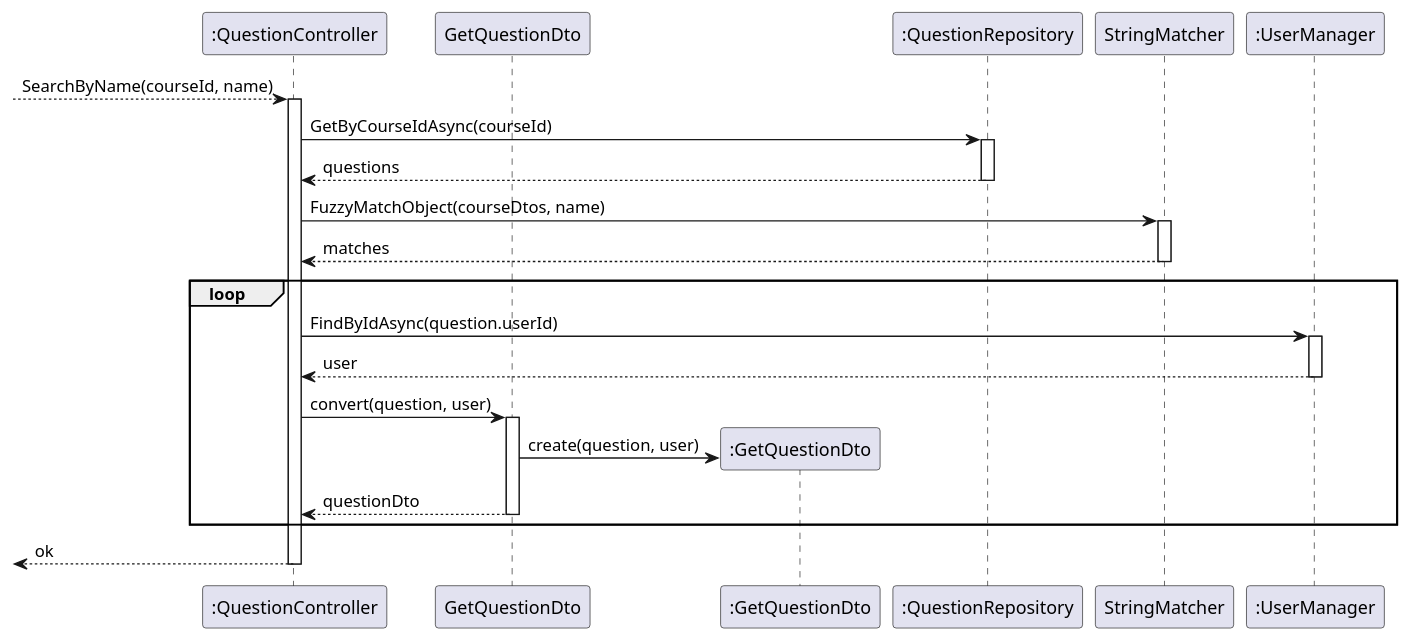
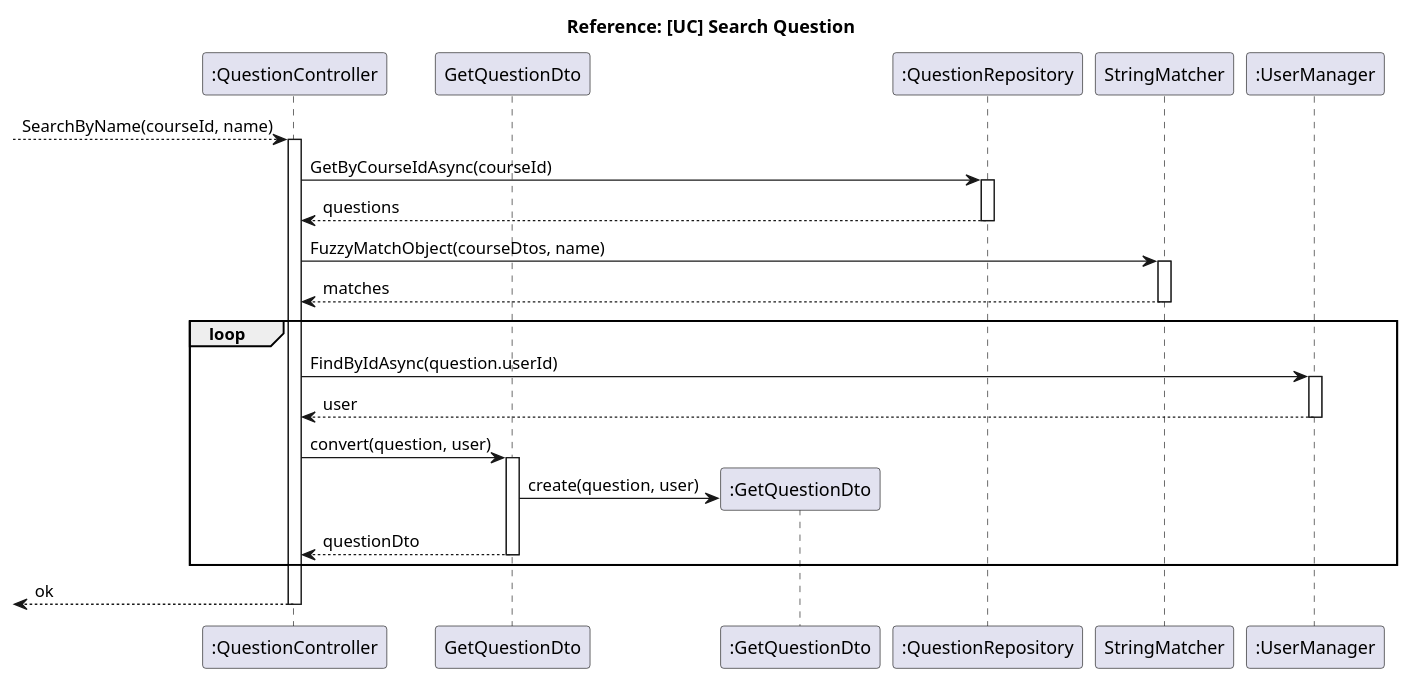
The diagram in Diagrams/Sequence_Diagrams/search_question.puml (Singh-Kiran-P/StuNet), drawn with PlantUML before and after one commit. The commit also changed 10 other files, not shown here.

Commit message:
docs: Manually format files in /Sequence_Diagrams

```diff
--- a/Diagrams/Sequence_Diagrams/search_question.puml
+++ b/Diagrams/Sequence_Diagrams/search_question.puml
@@ -1,36 +1,43 @@
-@startuml Search Question
+@startuml Search question
+
+title Reference: [UC] Search Question
+
 participant ":QuestionController" as controller
 participant GetQuestionDto
 participant ":GetQuestionDto" as getQuestionDto
 participant ":QuestionRepository" as repository
 participant StringMatcher
 participant ":UserManager" as manager
 
 --> controller: SearchByName(courseId, name)
 activate controller
+
 controller -> repository: GetByCourseIdAsync(courseId)
 activate repository
 repository --> controller: questions
 deactivate repository
 
 controller -> StringMatcher: FuzzyMatchObject(courseDtos, name)
 activate StringMatcher
 StringMatcher --> controller: matches
 deactivate StringMatcher
 
 loop
     controller -> manager: FindByIdAsync(question.userId)
     activate manager
     manager --> controller: user
     deactivate manager
 
     controller -> GetQuestionDto: convert(question, user)
     activate GetQuestionDto
     GetQuestionDto -> getQuestionDto**: create(question, user)
     GetQuestionDto --> controller: questionDto
     deactivate GetQuestionDto
 
 end
+
 <-- controller: ok
+
 deactivate controller
+
 @enduml
```
